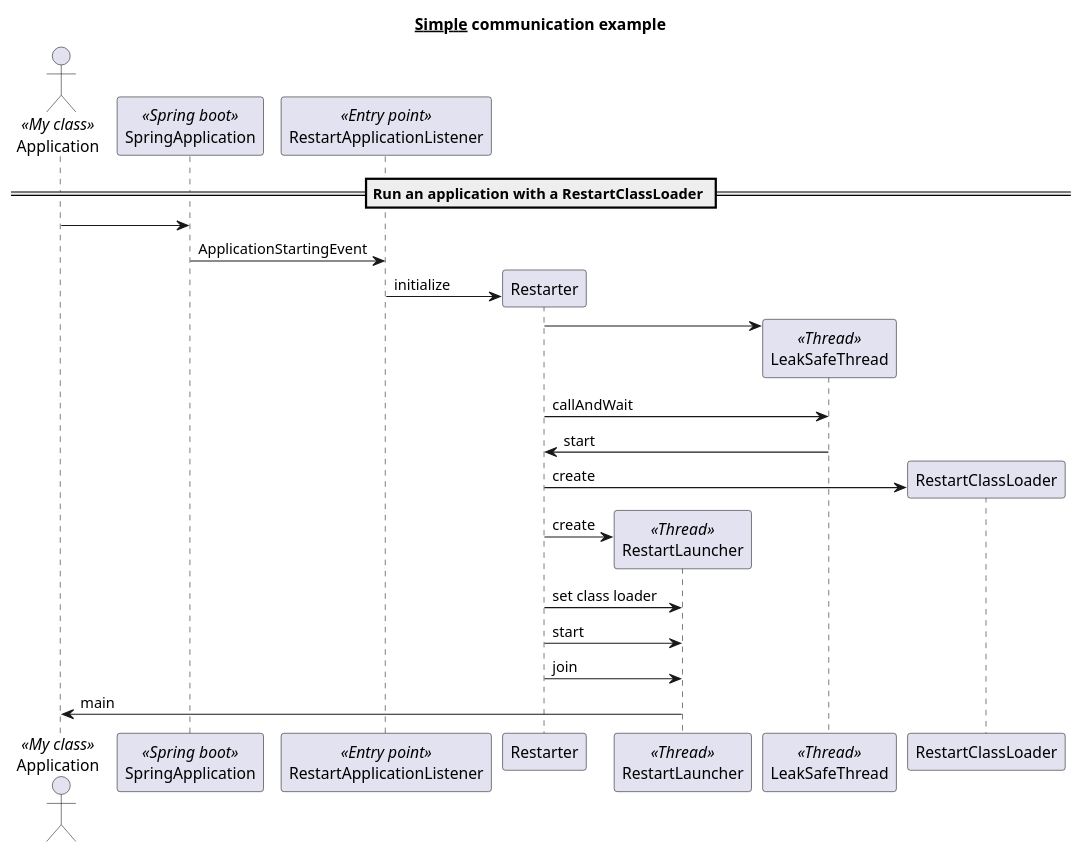
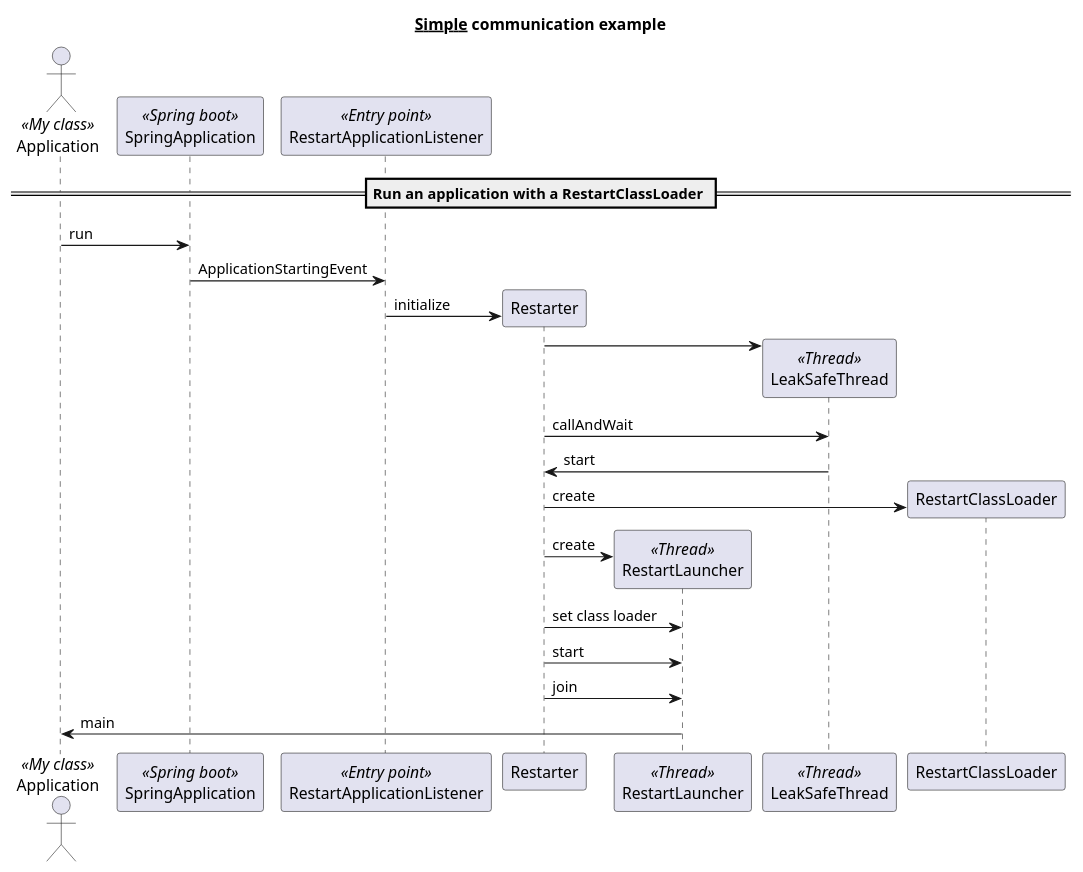
One commit to sergeyzolotukhin/learn-java-gradle changed the first of 2 diagrams in learn-java/framework/spring-boot/spring-dev-tools/spring-dev-tool.puml. Above: the diagram before and after it, drawn with PlantUML.

Commit message:
undertow jboss

```diff
--- a/learn-java/framework/spring-boot/spring-dev-tools/spring-dev-tool.puml
+++ b/learn-java/framework/spring-boot/spring-dev-tools/spring-dev-tool.puml
@@ -3,27 +3,27 @@
 @startuml
 
 title __Simple__ **communication** example
 
 actor Application <<My class>>
 participant SpringApplication << Spring boot>>
 participant RestartApplicationListener << Entry point >>
 participant Restarter
 participant RestartLauncher << Thread >>
 participant LeakSafeThread << Thread >>
 
 == Run an application with a RestartClassLoader ==
 
-Application -> SpringApplication
+Application -> SpringApplication : run
 SpringApplication -> RestartApplicationListener : ApplicationStartingEvent
 RestartApplicationListener -> Restarter ** : initialize
 Restarter -> LeakSafeThread ** :
 Restarter -> LeakSafeThread : callAndWait
 LeakSafeThread -> Restarter : start
 Restarter -> RestartClassLoader ** : create
 Restarter -> RestartLauncher ** : create
 Restarter -> RestartLauncher :  set class loader
 Restarter -> RestartLauncher :  start
 Restarter -> RestartLauncher :  join
 RestartLauncher -> Application : main
 
 @enduml
```
